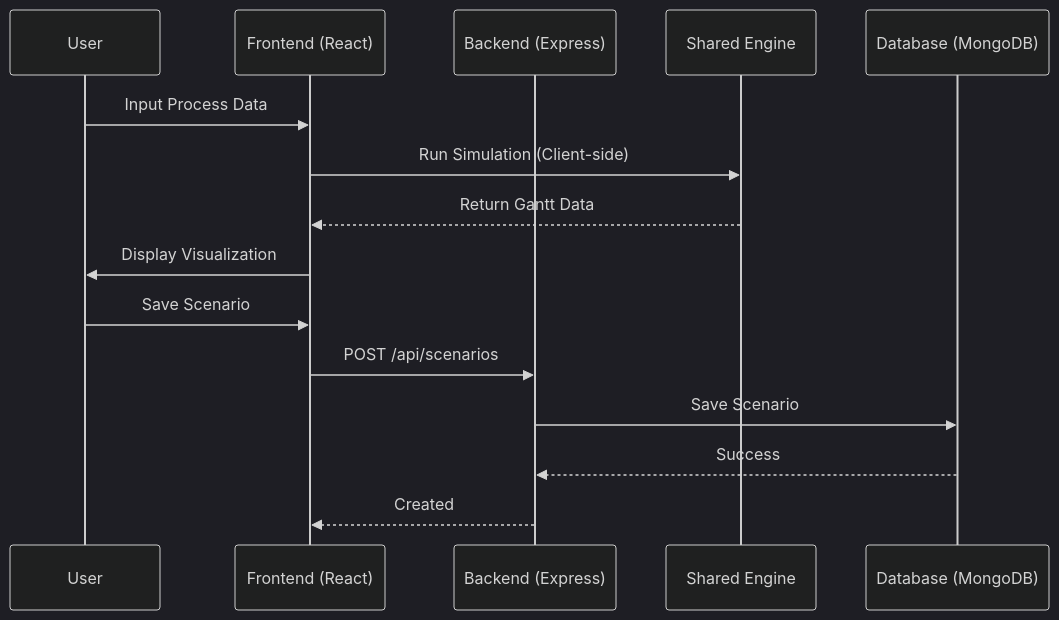
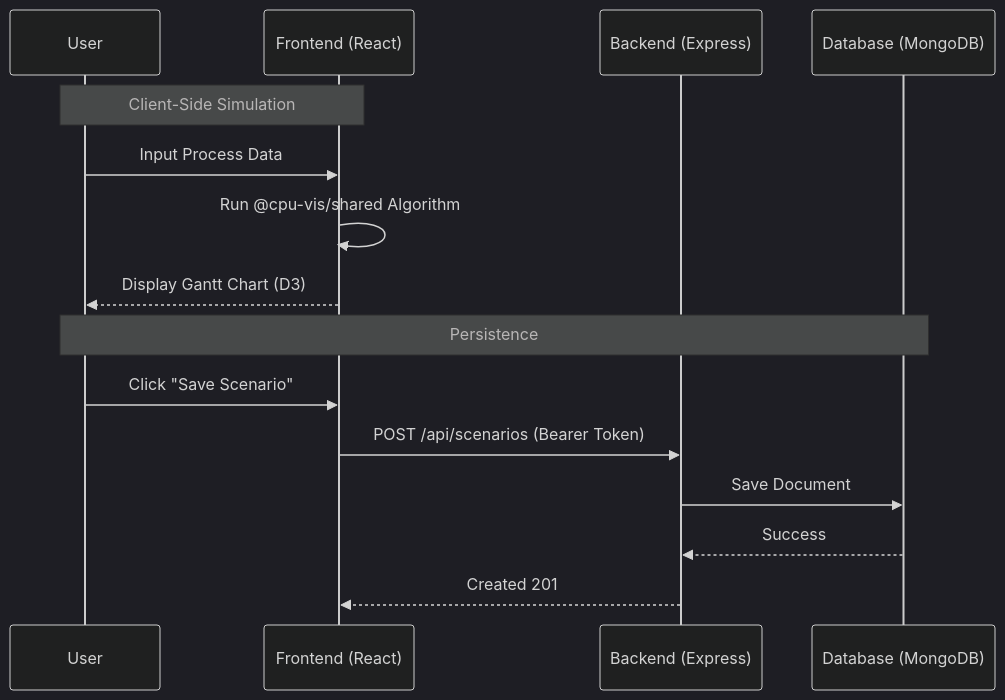
The third of 3 diagrams in docs/architecture.md (CodeExplorer430/cpu-scheduling-visualizer), drawn with Mermaid (dark theme) before and after one commit. The commit also changed other lines of this file and 9 other files, not shown here.

````diff
--- a/docs/architecture.md
+++ b/docs/architecture.md
@@ -58,19 +69,19 @@
 ```mermaid
 sequenceDiagram
     participant U as User
     participant F as Frontend (React)
     participant B as Backend (Express)
-    participant S as Shared Engine
     participant D as Database (MongoDB)
 
+    Note over U,F: Client-Side Simulation
     U->>F: Input Process Data
-    F->>S: Run Simulation (Client-side)
-    S-->>F: Return Gantt Data
-    F->>U: Display Visualization
+    F->>F: Run @cpu-vis/shared Algorithm
+    F-->>U: Display Gantt Chart (D3)
 
-    U->>F: Save Scenario
-    F->>B: POST /api/scenarios
-    B->>D: Save Scenario
+    Note over U,D: Persistence
+    U->>F: Click "Save Scenario"
+    F->>B: POST /api/scenarios (Bearer Token)
+    B->>D: Save Document
     D-->>B: Success
-    B-->>F: Created
+    B-->>F: Created 201
 ```
````
